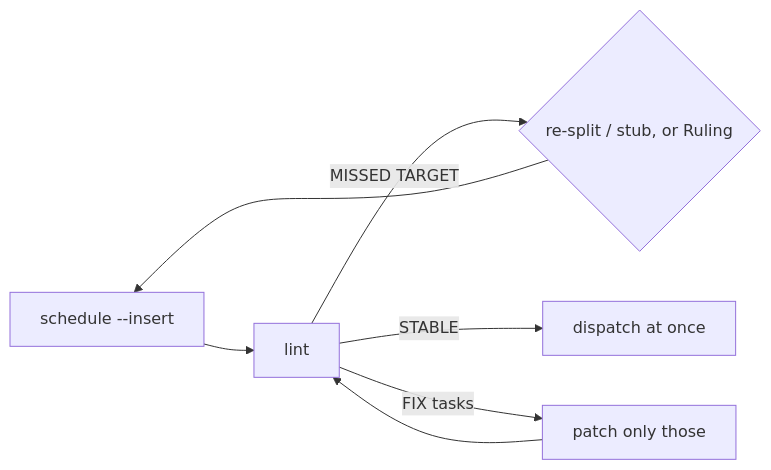
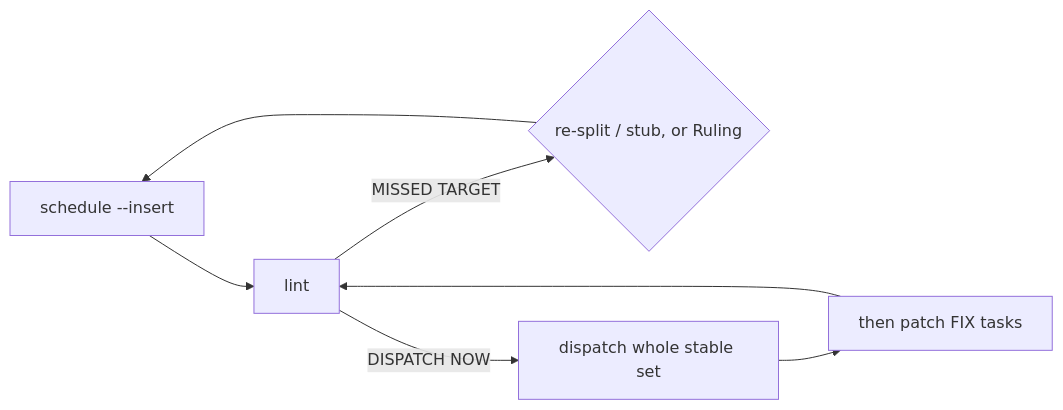
Before and after one commit to devcomfort/superlite: the second of 5 diagrams in skills/subagent-driven-development/SKILL.md, drawn with Mermaid. The commit also changed other lines of this file and 18 other files, not shown here.

First line of the commit message:
Plan flow, Wave 0 owner and deterministic tier routing

````diff
--- a/skills/subagent-driven-development/SKILL.md
+++ b/skills/subagent-driven-development/SKILL.md
@@ -36,8 +36,8 @@
 ```mermaid
 flowchart LR
   S[schedule --insert] --> L[lint]
   L -- MISSED TARGET --> R{re-split / stub, or Ruling}
   R --> S
-  L -- STABLE --> D[dispatch at once]
-  L -- FIX tasks --> F[patch only those] --> L
+  L -- DISPATCH NOW --> D[dispatch whole stable set]
+  D --> F[then patch FIX tasks] --> L
 ```
````
